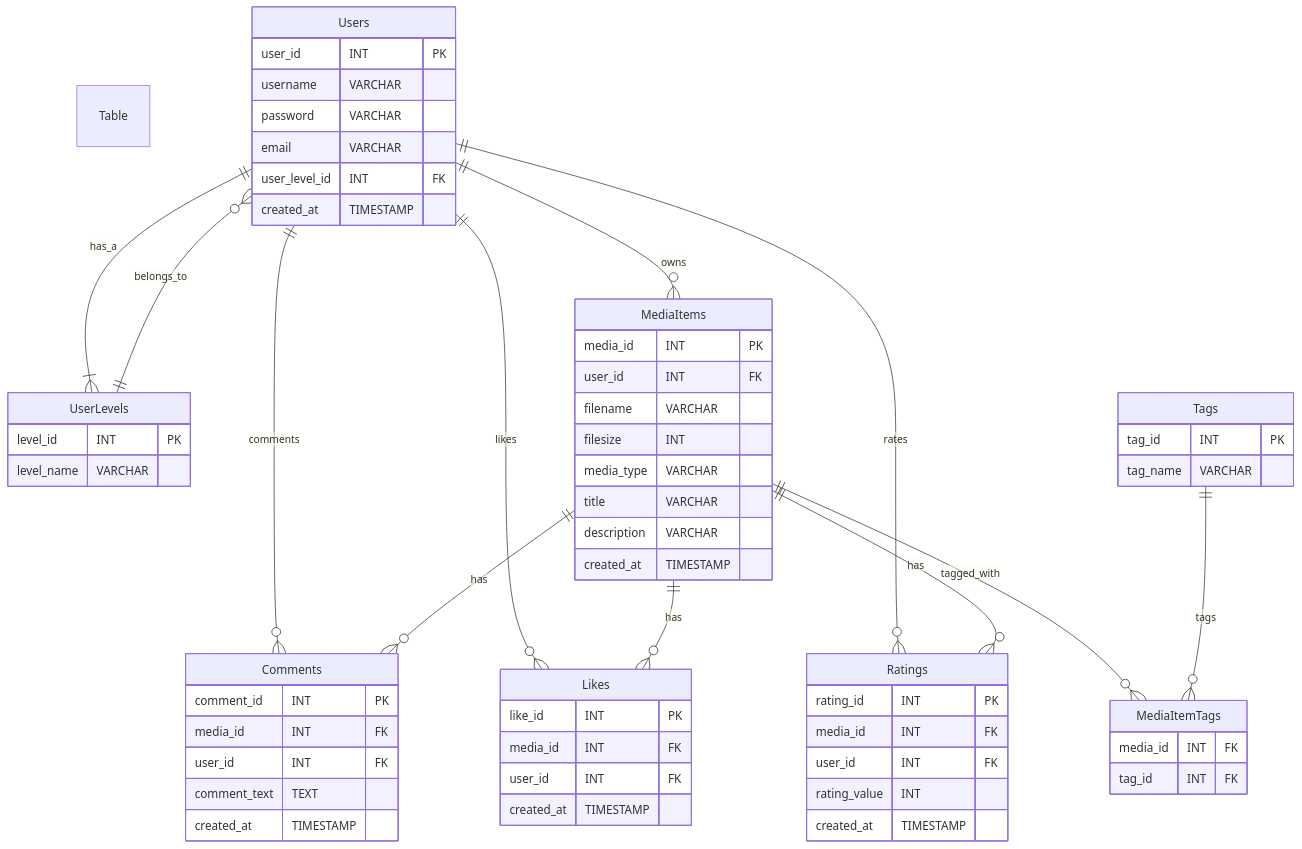
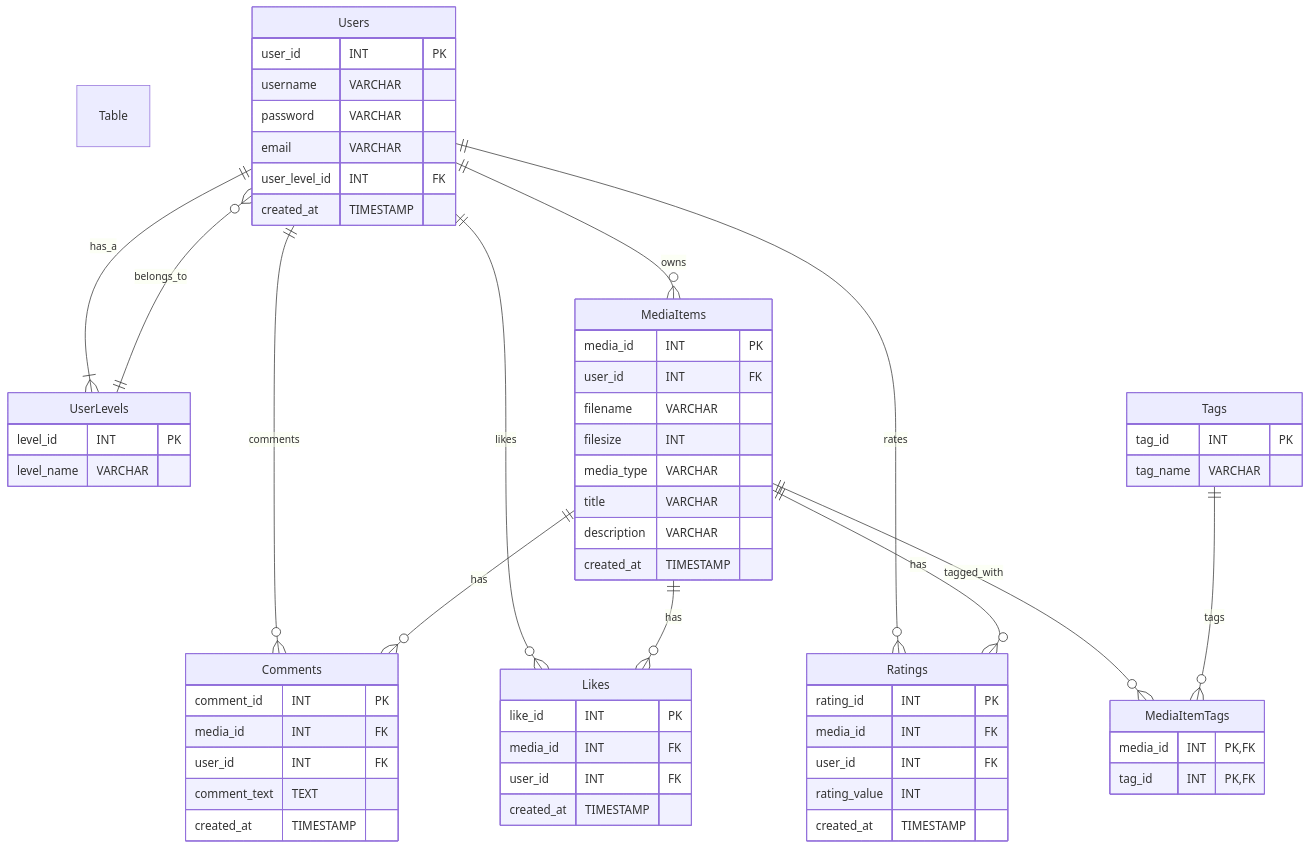
The diagram in 06-database-api.md (mattpe/ucad), drawn with Mermaid before and after one commit. The commit also changed other lines of this file and 1 other file, not shown here.

````diff
--- a/06-database-api.md
+++ b/06-database-api.md
@@ -7,76 +7,76 @@
 ```mermaid
 erDiagram
 
 Table Users {
   user_id INT PK
   username VARCHAR
   password VARCHAR
   email VARCHAR
   user_level_id INT FK
   created_at TIMESTAMP
 }
 
 Table UserLevels {
   level_id INT PK
   level_name VARCHAR
 }
 
 Table MediaItems {
   media_id INT PK
   user_id INT FK
   filename VARCHAR
   filesize INT
   media_type VARCHAR
   title VARCHAR
   description VARCHAR
   created_at TIMESTAMP
 }
 
 Table Comments {
   comment_id INT PK
   media_id INT FK
   user_id INT FK
   comment_text TEXT
   created_at TIMESTAMP
 }
 
 Table Likes {
   like_id INT PK
   media_id INT FK
   user_id INT FK
   created_at TIMESTAMP
 }
 
 Table Ratings {
   rating_id INT PK
   media_id INT FK
   user_id INT FK
   rating_value INT
   created_at TIMESTAMP
 }
 
 Table Tags {
   tag_id INT PK
   tag_name VARCHAR
 }
 
 Table MediaItemTags {
-  media_id INT FK
-  tag_id INT FK
+  media_id INT PK, FK
+  tag_id INT PK, FK
 }
 
 Users ||--o{ MediaItems : owns
 Users ||--o{ Comments : comments
 Users ||--o{ Likes : likes
 Users ||--o{ Ratings : rates
 Users ||--|{ UserLevels : has_a
 
 UserLevels ||--o{ Users : belongs_to
 
 MediaItems ||--o{ Comments : has
 MediaItems ||--o{ Likes : has
 MediaItems ||--o{ Ratings : has
 MediaItems ||--o{ MediaItemTags : tagged_with
 
 Tags ||--o{ MediaItemTags : tags
 ```
````
